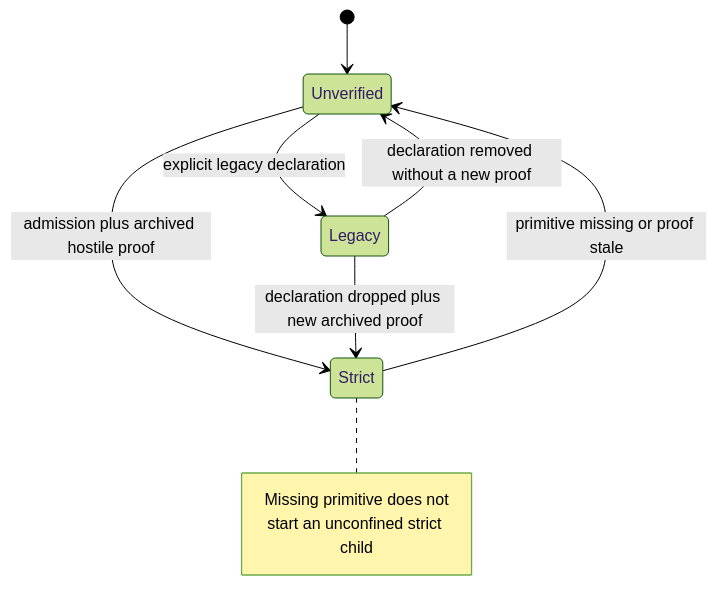
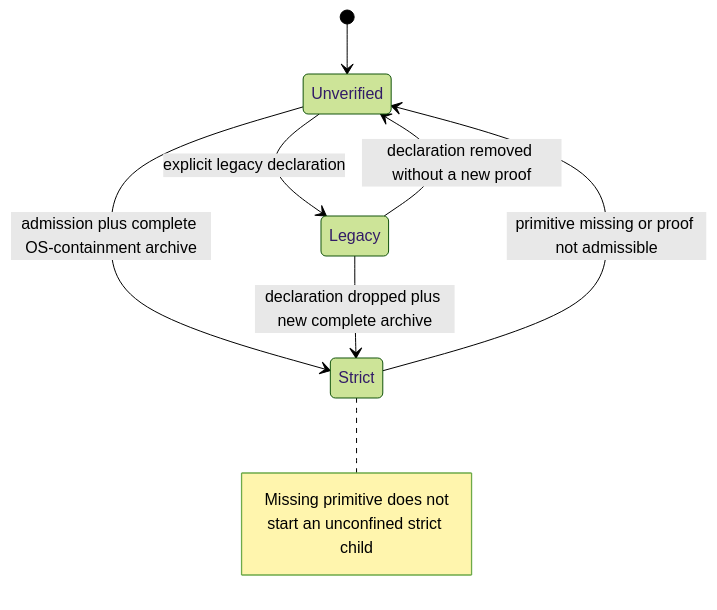
One commit to gyldlab/keld changed the diagram in docs/specs/kel78-strict-profile-sandbox.md. Above: the diagram before and after it, drawn with Mermaid (forest theme). The commit also changed other lines of this file and 1 other file, not shown here.

Commit message:
docs(runtime): require OS-layer catalog before KEL-78 Strict

````diff
--- a/docs/specs/kel78-strict-profile-sandbox.md
+++ b/docs/specs/kel78-strict-profile-sandbox.md
@@ -154,16 +161,16 @@
 ```mermaid
 stateDiagram-v2
     accTitle: Strict, legacy, and unverified profile states
-    accDescr: Unverified is the default. Legacy requires an explicit declaration and forfeits the zero-authority claim. Strict requires both OS admission and an archived hostile proof. A missing primitive or stale proof returns Strict to Unverified. Dropping the legacy declaration without a new archived proof returns Legacy to Unverified. Dropping the legacy declaration and presenting a new archived proof may admit Strict.
+    accDescr: Unverified is the default. Legacy requires an explicit declaration and forfeits the zero-authority claim. Strict requires OS admission plus an archived complete OS-containment catalog with a matching token/profile digest. A missing primitive, stale proof, incomplete catalog, or layer-mismatched archive returns Strict to Unverified. Dropping the legacy declaration without a new complete archive returns Legacy to Unverified. Dropping the legacy declaration and presenting a new complete archive may admit Strict.
 
     [*] --> Unverified
     Unverified --> Legacy: explicit legacy declaration
-    Unverified --> Strict: admission plus archived hostile proof
-    Strict --> Unverified: primitive missing or proof stale
+    Unverified --> Strict: admission plus complete OS-containment archive
+    Strict --> Unverified: primitive missing or proof not admissible
     Legacy --> Unverified: declaration removed without a new proof
-    Legacy --> Strict: declaration dropped plus new archived proof
+    Legacy --> Strict: declaration dropped plus new complete archive
     note right of Strict
         Missing primitive does not
         start an unconfined strict child
     end note
 ```
````
